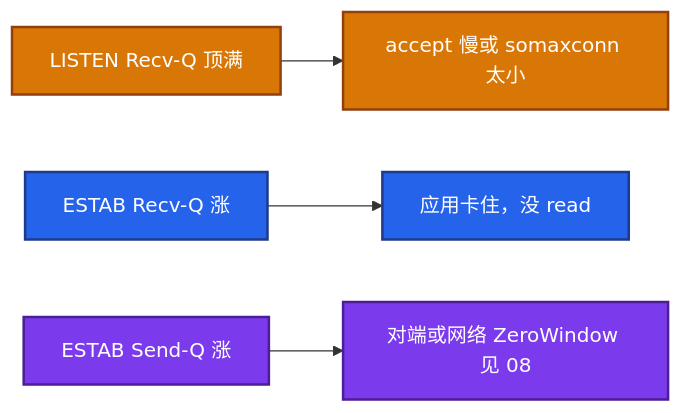
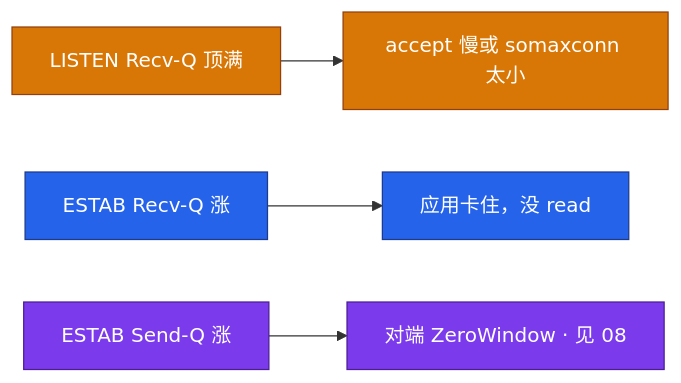
Before and after one commit to ml-cuizijun/LearnToLilith: the fourth of 9 diagrams in 02-基础底座/06-网络栈与Socket/知识点.md, drawn with Mermaid. The commit also changed other lines of this file and 213 other files, not shown here.

````diff
--- a/02-基础底座/06-网络栈与Socket/知识点.md
+++ b/02-基础底座/06-网络栈与Socket/知识点.md
@@ -176,13 +150,13 @@
 ```mermaid
 flowchart LR
     A["LISTEN Recv-Q 顶满"] --> A1[accept 慢或 somaxconn 太小]
     B["ESTAB Recv-Q 涨"] --> B1[应用卡住，没 read]
-    C["ESTAB Send-Q 涨"] --> C1[对端或网络 ZeroWindow 见 08]
+    C["ESTAB Send-Q 涨"] --> C1[对端 ZeroWindow · 见 08]
 
-    classDef a fill:#D97706,stroke:#92400E,stroke-width:2px,color:#fff
-    classDef b fill:#2563EB,stroke:#1E3A8A,stroke-width:2px,color:#fff
-    classDef c fill:#7C3AED,stroke:#4C1D95,stroke-width:2px,color:#fff
+    classDef a fill:#D97706,stroke:#92400E,color:#fff
+    classDef b fill:#2563EB,stroke:#1E3A8A,color:#fff
+    classDef c fill:#7C3AED,stroke:#4C1D95,color:#fff
     class A,A1 a
     class B,B1 b
     class C,C1 c
 ```
````
